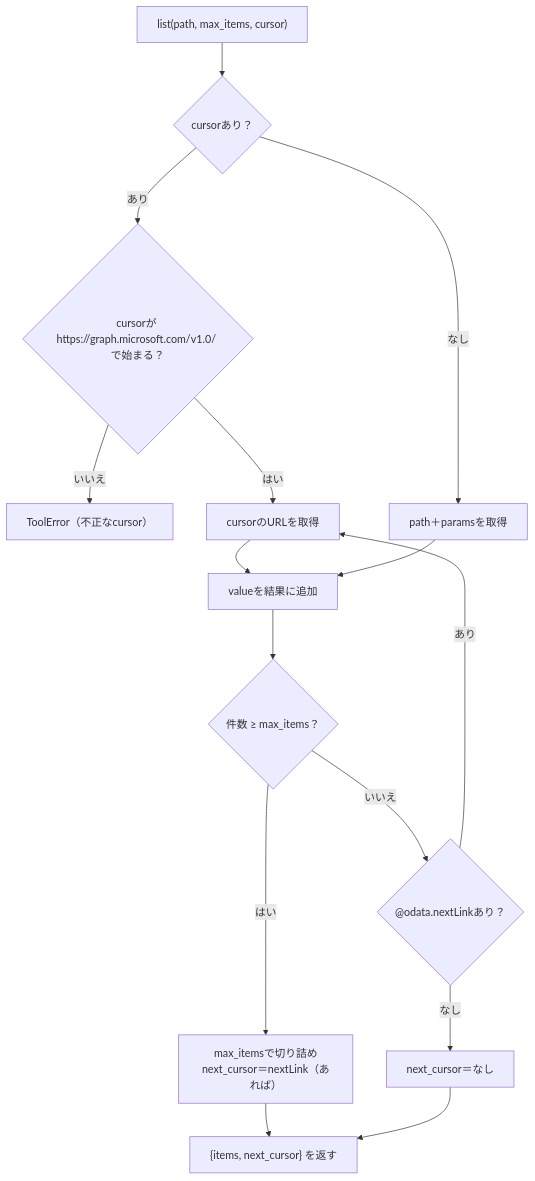
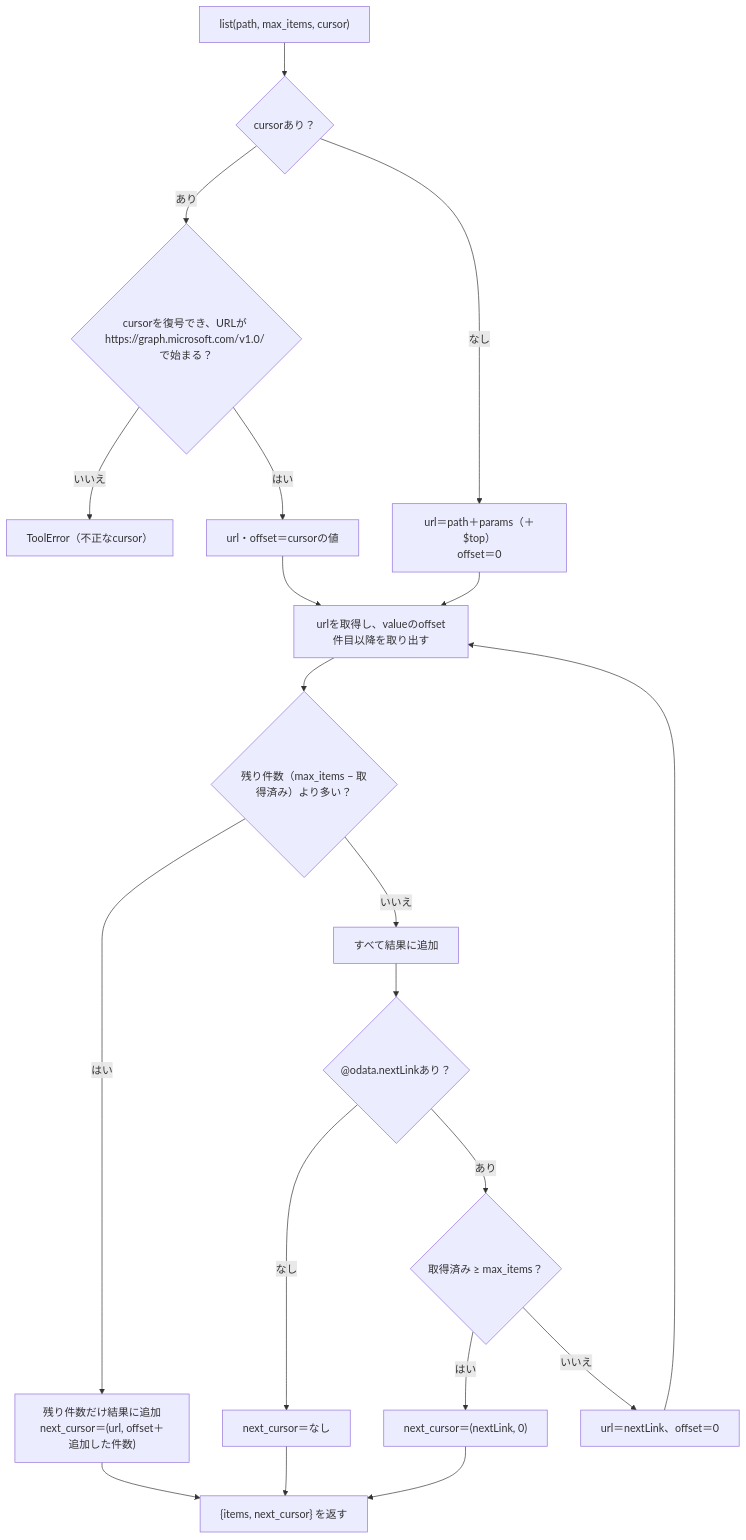
The third of 6 diagrams in docs/design.md (notfolder/graph-mcp-gateway), drawn with Mermaid before and after one commit. The commit also changed other lines of this file and 2 other files, not shown here.

````diff
--- a/docs/design.md
+++ b/docs/design.md
@@ -322,18 +349,22 @@
 ```mermaid
 flowchart TD
   A["list(path, max_items, cursor)"] --> B{"cursorあり？"}
-  B -->|"あり"| C{"cursorが https://graph.microsoft.com/v1.0/ で始まる？"}
+  B -->|"あり"| C{"cursorを復号でき、URLが https://graph.microsoft.com/v1.0/ で始まる？"}
   C -->|"いいえ"| X["ToolError（不正なcursor）"]
-  C -->|"はい"| D["cursorのURLを取得"]
-  B -->|"なし"| E["path＋paramsを取得"]
-  D --> F["valueを結果に追加"]
+  C -->|"はい"| D["url・offset＝cursorの値"]
+  B -->|"なし"| E["url＝path＋params（＋$top）<br/>offset＝0"]
+  D --> F["urlを取得し、valueのoffset件目以降を取り出す"]
   E --> F
-  F --> G{"件数 ≥ max_items？"}
-  G -->|"はい"| H["max_itemsで切り詰め<br/>next_cursor＝nextLink（あれば）"]
-  G -->|"いいえ"| I{"@odata.nextLinkあり？"}
-  I -->|"あり"| D
-  I -->|"なし"| J["next_cursor＝なし"]
+  F --> G{"残り件数（max_items − 取得済み）より多い？"}
+  G -->|"はい"| H["残り件数だけ結果に追加<br/>next_cursor＝(url, offset＋追加した件数)"]
+  G -->|"いいえ"| I["すべて結果に追加"]
+  I --> L{"@odata.nextLinkあり？"}
+  L -->|"なし"| J["next_cursor＝なし"]
+  L -->|"あり"| M{"取得済み ≥ max_items？"}
+  M -->|"はい"| N["next_cursor＝(nextLink, 0)"]
+  M -->|"いいえ"| O["url＝nextLink、offset＝0"] --> F
   H --> K["{items, next_cursor} を返す"]
   J --> K
+  N --> K
 
 ```
````
